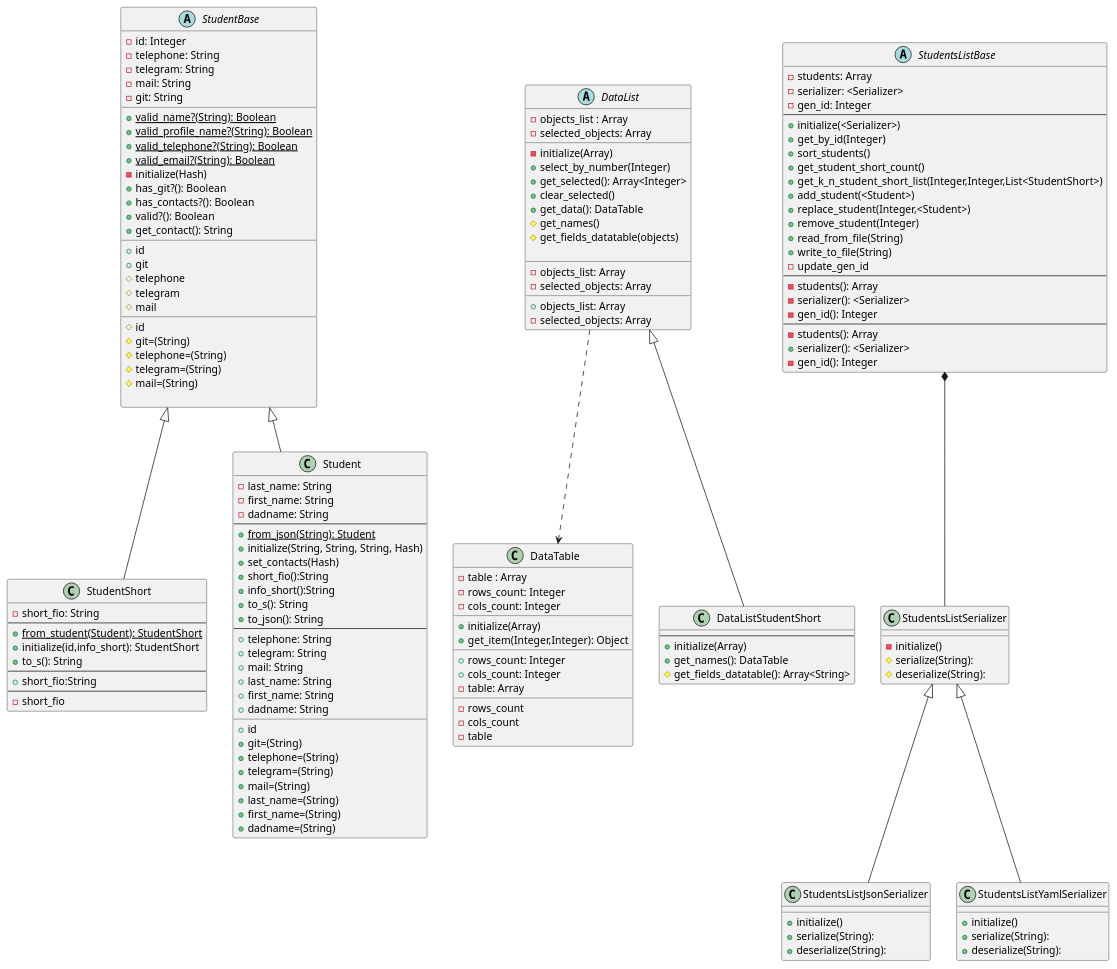
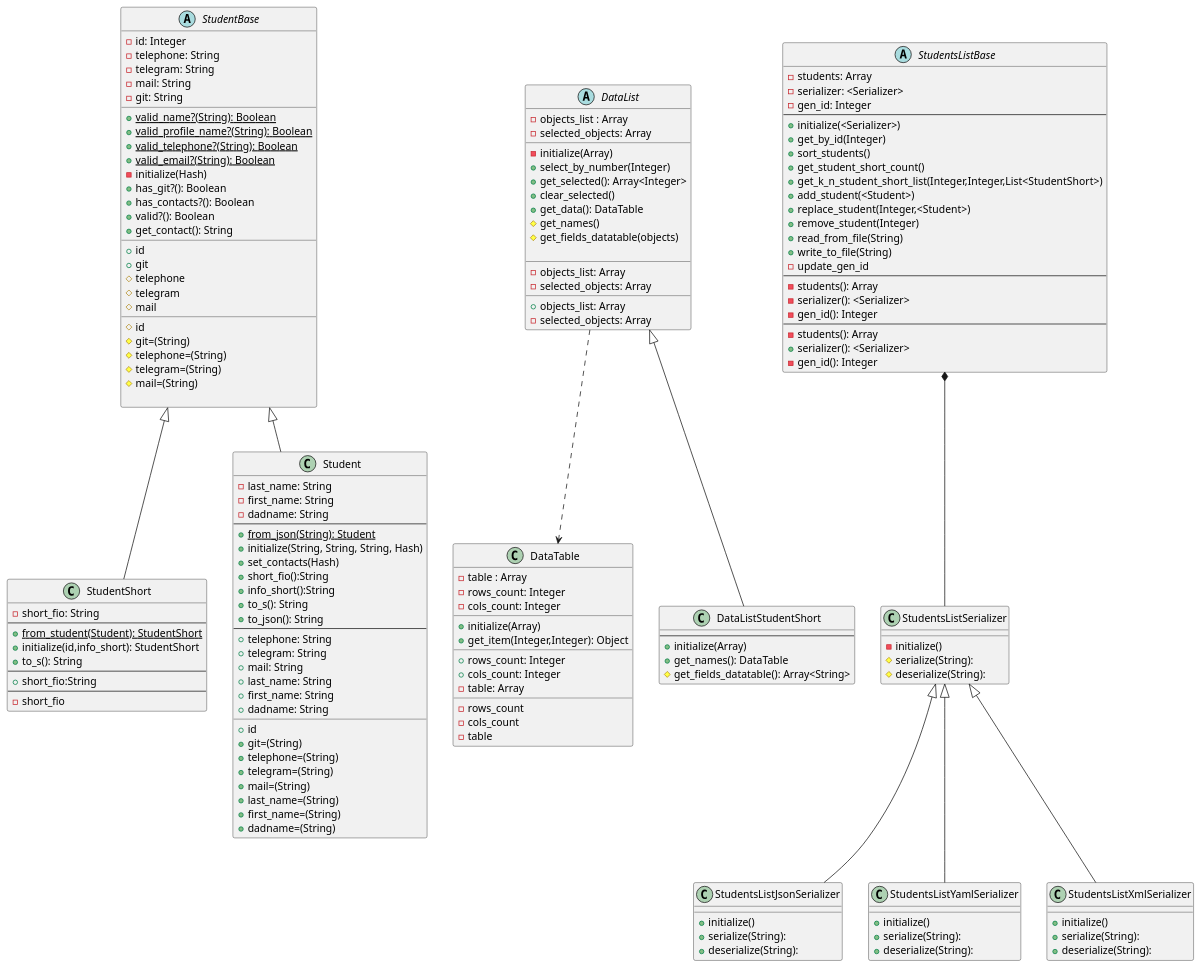
The diagram in LR2/diagram/StudentClassDiagram.puml (KREEAL/RubyLabs), drawn with PlantUML before and after one commit. The commit also changed 2 other files, not shown here.

Commit message:
Внедрение XML в уже существующую Стратегию

```diff
--- a/LR2/diagram/StudentClassDiagram.puml
+++ b/LR2/diagram/StudentClassDiagram.puml
@@ -1,166 +1,171 @@
 @startuml
 'https://plantuml.com/class-diagram
 abstract class StudentBase {
     -id: Integer
     -telephone: String
     -telegram: String
     -mail: String
     -git: String
     __
     +{static}valid_name?(String): Boolean
     +{static}valid_profile_name?(String): Boolean
     +{static}valid_telephone?(String): Boolean
     +{static}valid_email?(String): Boolean
     -initialize(Hash)
     +has_git?(): Boolean
     +has_contacts?(): Boolean
     +valid?(): Boolean
     +get_contact(): String
     __
     +id
     +git
     #telephone
     #telegram
     #mail
     __
     #id
     #git=(String)
     #telephone=(String)
     #telegram=(String)
     #mail=(String)
 
 }
 class StudentShort extends StudentBase {
     -short_fio: String
     --
     +{static}from_student(Student): StudentShort
     +initialize(id,info_short): StudentShort
     +to_s(): String
     --
     +short_fio:String
     --
     -short_fio
 }
 class Student extends StudentBase{
     -last_name: String
     -first_name: String
     -dadname: String
     --
     +{static}from_json(String): Student
     +initialize(String, String, String, Hash)
     +set_contacts(Hash)
     +short_fio():String
     +info_short():String
     +to_s(): String
     +to_json(): String
     --
     +telephone: String
     +telegram: String
     +mail: String
     +last_name: String
     +first_name: String
     +dadname: String
     __
     +id
     +git=(String)
     +telephone=(String)
     +telegram=(String)
     +mail=(String)
     +last_name=(String)
     +first_name=(String)
     +dadname=(String)
 }
 
 class DataTable{
     -table : Array
     -rows_count: Integer
     -cols_count: Integer
     __
     +initialize(Array)
     +get_item(Integer,Integer): Object
     __
     +rows_count: Integer
     +cols_count: Integer
     -table: Array
     __
     -rows_count
     -cols_count
     -table
 }
 abstract class DataList{
     -objects_list : Array
     -selected_objects: Array
     __
     -initialize(Array)
     +select_by_number(Integer)
     +get_selected(): Array<Integer>
     +clear_selected()
     +get_data(): DataTable
     #get_names()
     #get_fields_datatable(objects)
 
     __
     -objects_list: Array
     -selected_objects: Array
     __
     +objects_list: Array
     -selected_objects: Array
 }
 
 class DataListStudentShort extends DataList{
     --
     +initialize(Array)
     +get_names(): DataTable
     #get_fields_datatable(): Array<String>
 }
 
 abstract class StudentsListBase{
     -students: Array
     -serializer: <Serializer>
     -gen_id: Integer
     --
     +initialize(<Serializer>)
     +get_by_id(Integer)
     +sort_students()
     +get_student_short_count()
     +get_k_n_student_short_list(Integer,Integer,List<StudentShort>)
     +add_student(<Student>)
     +replace_student(Integer,<Student>)
     +remove_student(Integer)
     +read_from_file(String)
     +write_to_file(String)
     -update_gen_id
     --
     -students(): Array
     -serializer(): <Serializer>
     -gen_id(): Integer
     --
     -students(): Array
     +serializer(): <Serializer>
     -gen_id(): Integer
 }
 
 class StudentsListSerializer{
     -initialize()
     #serialize(String):
     #deserialize(String):
 }
 
 class StudentsListJsonSerializer extends StudentsListSerializer{
     +initialize()
     +serialize(String):
     +deserialize(String):
 }
 
 class StudentsListYamlSerializer extends StudentsListSerializer{
     +initialize()
     +serialize(String):
     +deserialize(String):
 }
 
+class StudentsListXmlSerializer extends StudentsListSerializer{
+    +initialize()
+    +serialize(String):
+    +deserialize(String):
+}
 
 
 
 DataList ..> DataTable
 StudentsListBase *-- StudentsListSerializer
 @enduml
```
